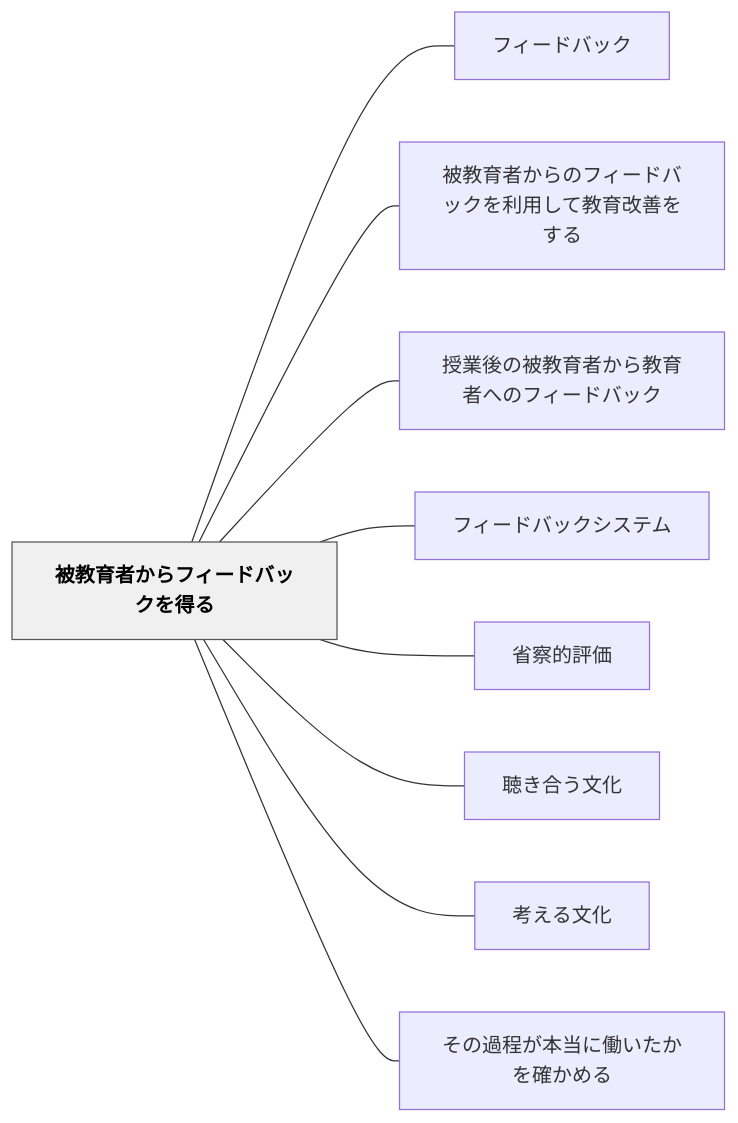
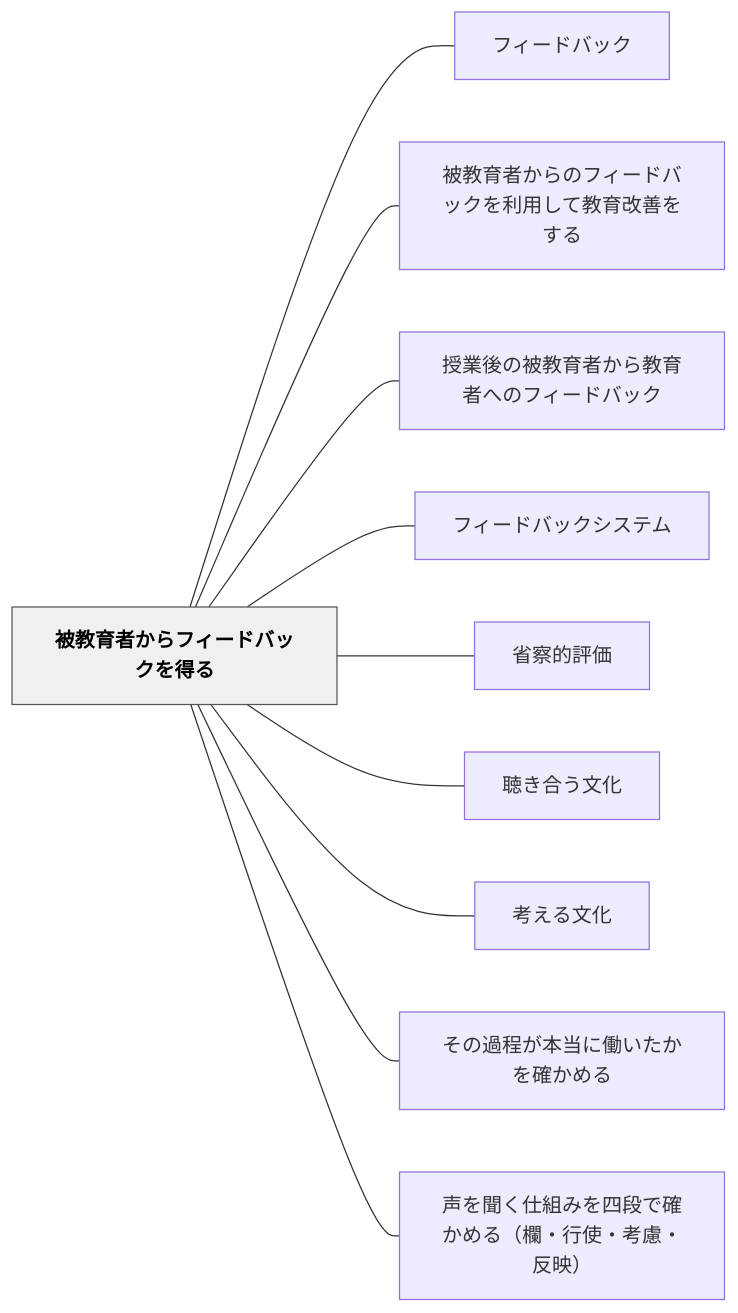
The diagram in content/パタン/被教育者からフィードバックを得る.md (unknownthings-ed-patterns/unknownthings-ed-patterns), drawn with Mermaid before and after one commit. The commit also changed other lines of this file and 10 other files, not shown here.

````diff
--- a/content/パタン/被教育者からフィードバックを得る.md
+++ b/content/パタン/被教育者からフィードバックを得る.md
@@ -44,24 +44,26 @@
 ```mermaid
 flowchart LR
     ne8a2abe69599e882b2e88085e3818be38289e38395e382a3e383bce38389e38390e38383e382afe38292e5be97e3828b["被教育者からフィードバックを得る"]
     ne38395e382a3e383bce38389e38390e38383e382af["フィードバック"]
     ne8a2abe69599e882b2e88085e3818be38289e381aee38395e382a3e383bce38389e38390e38383e382afe38292e588a9e794a8e38197e381a6e69599e882b2e694b9e59684e38292e38199e3828b["被教育者からのフィードバックを利用して教育改善をする"]
     ne68e88e6a5ade5be8ce381aee8a2abe69599e882b2e88085e3818be38289e69599e882b2e88085e381b8e381aee38395e382a3e383bce38389e38390e38383e382af["授業後の被教育者から教育者へのフィードバック"]
     ne38395e382a3e383bce38389e38390e38383e382afe382b7e382b9e38386e383a0["フィードバックシステム"]
     ne79c81e5af9fe79a84e8a995e4bea1["省察的評価"]
     ne881b4e3818de59088e38186e69687e58c96["聴き合う文化"]
     ne88083e38188e3828be69687e58c96["考える文化"]
     ne3819de381aee9818ee7a88be3818ce69cace5bd93e381abe5838de38184e3819fe3818be38292e7a2bae3818be38281e3828b["その過程が本当に働いたかを確かめる"]
+    ne5a3b0e38292e8819ee3818fe4bb95e7b584e381bfe38292e59b9be6aeb5e381a7e7a2bae3818be38281e3828befbc88e6ac84e383bbe8a18ce4bdbfe383bbe88083e685aee383bbe58f8de698a0efbc89["声を聞く仕組みを四段で確かめる（欄・行使・考慮・反映）"]
 
     ne8a2abe69599e882b2e88085e3818be38289e38395e382a3e383bce38389e38390e38383e382afe38292e5be97e3828b --- ne38395e382a3e383bce38389e38390e38383e382af
     ne8a2abe69599e882b2e88085e3818be38289e38395e382a3e383bce38389e38390e38383e382afe38292e5be97e3828b --- ne8a2abe69599e882b2e88085e3818be38289e381aee38395e382a3e383bce38389e38390e38383e382afe38292e588a9e794a8e38197e381a6e69599e882b2e694b9e59684e38292e38199e3828b
     ne8a2abe69599e882b2e88085e3818be38289e38395e382a3e383bce38389e38390e38383e382afe38292e5be97e3828b --- ne68e88e6a5ade5be8ce381aee8a2abe69599e882b2e88085e3818be38289e69599e882b2e88085e381b8e381aee38395e382a3e383bce38389e38390e38383e382af
     ne8a2abe69599e882b2e88085e3818be38289e38395e382a3e383bce38389e38390e38383e382afe38292e5be97e3828b --- ne38395e382a3e383bce38389e38390e38383e382afe382b7e382b9e38386e383a0
     ne8a2abe69599e882b2e88085e3818be38289e38395e382a3e383bce38389e38390e38383e382afe38292e5be97e3828b --- ne79c81e5af9fe79a84e8a995e4bea1
     ne8a2abe69599e882b2e88085e3818be38289e38395e382a3e383bce38389e38390e38383e382afe38292e5be97e3828b --- ne881b4e3818de59088e38186e69687e58c96
     ne8a2abe69599e882b2e88085e3818be38289e38395e382a3e383bce38389e38390e38383e382afe38292e5be97e3828b --- ne88083e38188e3828be69687e58c96
     ne8a2abe69599e882b2e88085e3818be38289e38395e382a3e383bce38389e38390e38383e382afe38292e5be97e3828b --- ne3819de381aee9818ee7a88be3818ce69cace5bd93e381abe5838de38184e3819fe3818be38292e7a2bae3818be38281e3828b
+    ne8a2abe69599e882b2e88085e3818be38289e38395e382a3e383bce38389e38390e38383e382afe38292e5be97e3828b --- ne5a3b0e38292e8819ee3818fe4bb95e7b584e381bfe38292e59b9be6aeb5e381a7e7a2bae3818be38281e3828befbc88e6ac84e383bbe8a18ce4bdbfe383bbe88083e685aee383bbe58f8de698a0efbc89
 
     classDef hub fill:#f0f0f0,stroke:#555,color:#000,font-weight:bold
     class ne8a2abe69599e882b2e88085e3818be38289e38395e382a3e383bce38389e38390e38383e382afe38292e5be97e3828b hub
 ```
````
